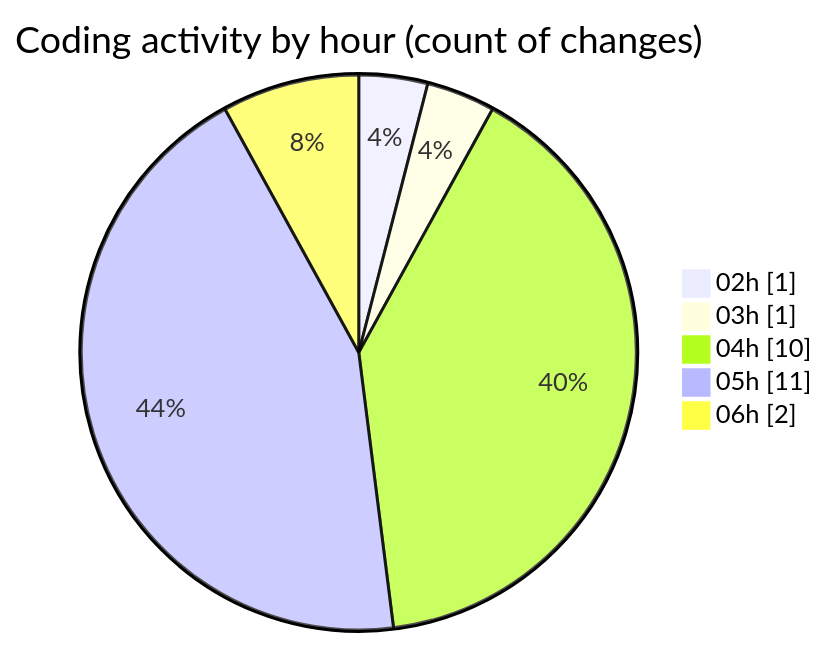
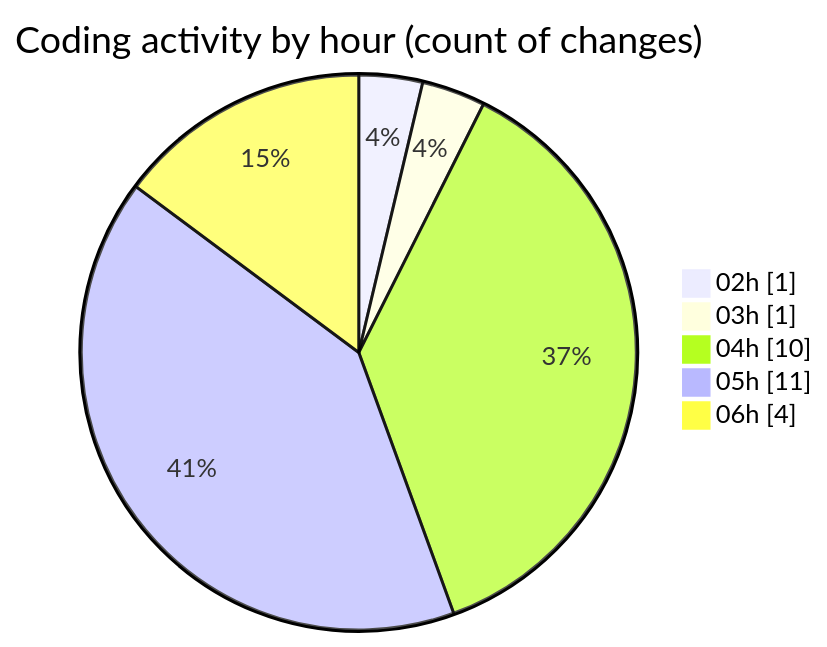
The second of 2 diagrams in 2025-10-31/cdp_aleoudev_fr__workspace_/README.md (julien-gomy/code-tracking), drawn with Mermaid before and after one commit. The commit also changed other lines of this file and 1 other file, not shown here.

````diff
--- a/2025-10-31/cdp_aleoudev_fr__workspace_/README.md
+++ b/2025-10-31/cdp_aleoudev_fr__workspace_/README.md
@@ -29,9 +29,9 @@
 ```mermaid
 pie showData
 title Coding activity by hour (count of changes)
 "02h" : 1
 "03h" : 1
 "04h" : 10
 "05h" : 11
-"06h" : 2
+"06h" : 4
 ```
````
